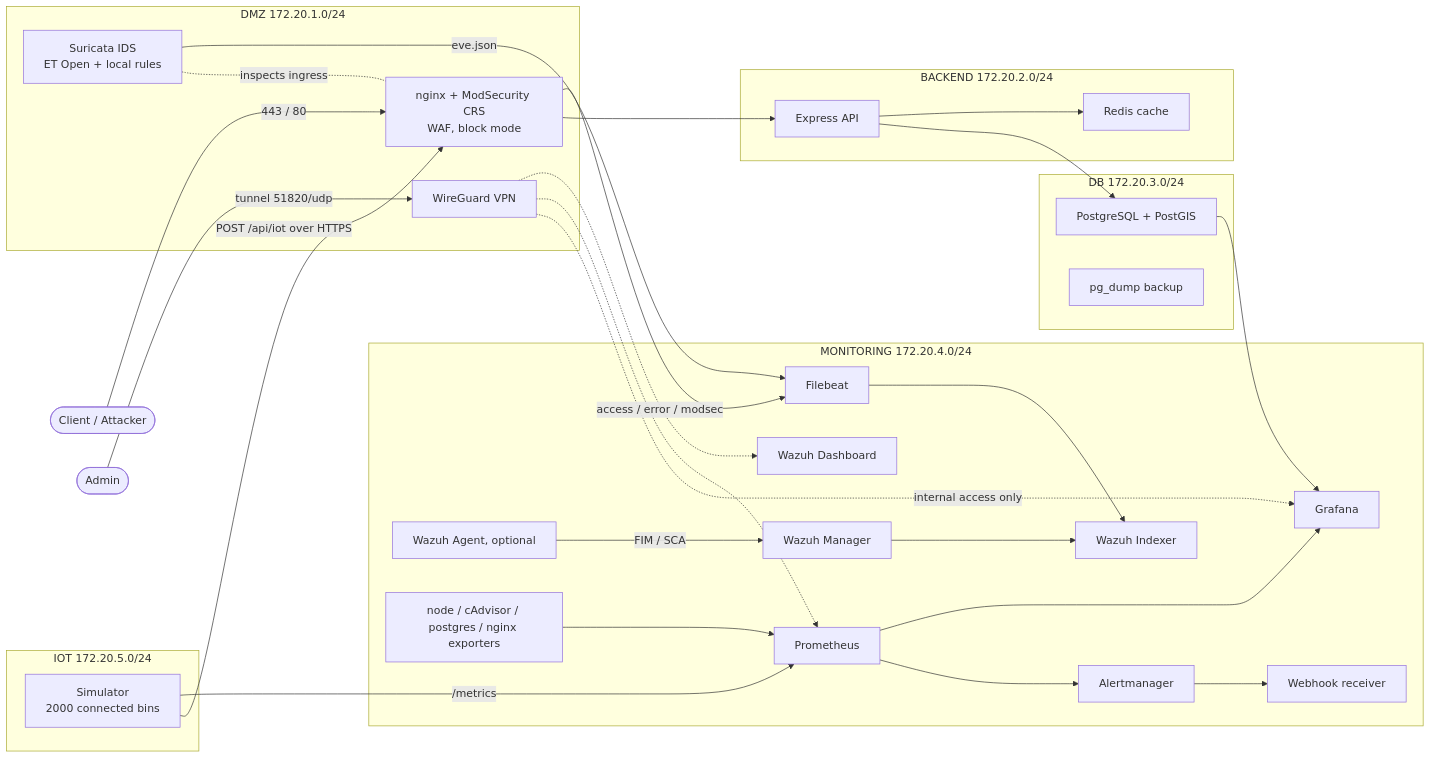
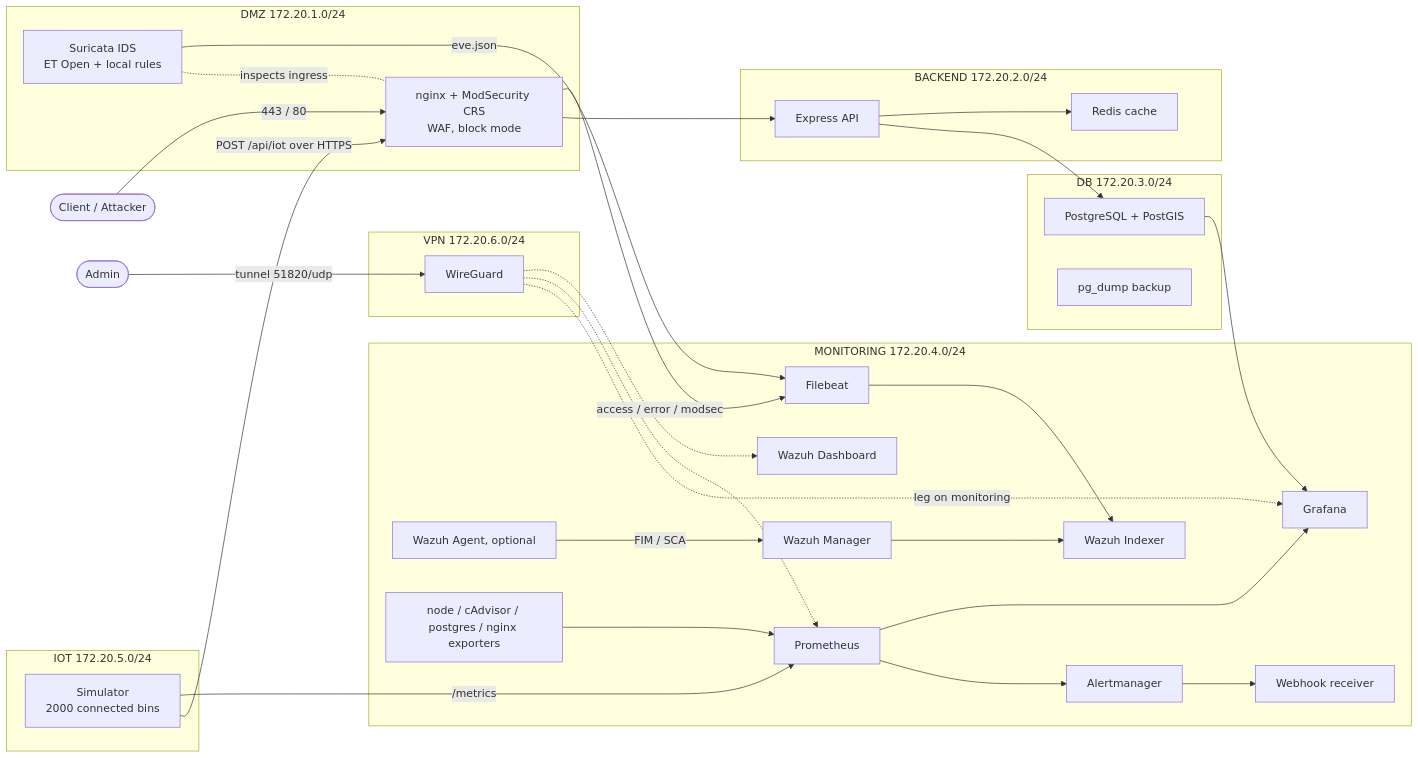
One commit to AbrASM1/Ecotrack changed the diagram in README.md. Above: the diagram before and after it, drawn with Mermaid. The commit also changed other lines of this file, not shown here.

````diff
--- a/README.md
+++ b/README.md
@@ -9,63 +9,66 @@
 ```mermaid
 flowchart LR
   Client([Client / Attacker])
   Admin([Admin])
 
   subgraph dmz["DMZ 172.20.1.0/24"]
     WAF["nginx + ModSecurity CRS<br/>WAF, block mode"]
     SUR["Suricata IDS<br/>ET Open + local rules"]
-    WG["WireGuard VPN"]
+  end
+
+  subgraph vpn["VPN 172.20.6.0/24"]
+    WG["WireGuard"]
   end
 
   subgraph backend["BACKEND 172.20.2.0/24"]
     API["Express API"]
     REDIS["Redis cache"]
   end
 
   subgraph db["DB 172.20.3.0/24"]
     PG["PostgreSQL + PostGIS"]
     BK["pg_dump backup"]
   end
 
   subgraph iot["IOT 172.20.5.0/24"]
     SIM["Simulator<br/>2000 connected bins"]
   end
 
   subgraph mon["MONITORING 172.20.4.0/24"]
     PROM["Prometheus"]
     GRAF["Grafana"]
     AM["Alertmanager"]
     HOOK["Webhook receiver"]
     WAZI["Wazuh Indexer"]
     WAZM["Wazuh Manager"]
     WAZD["Wazuh Dashboard"]
     AGENT["Wazuh Agent, optional"]
     FB["Filebeat"]
     EXP["node / cAdvisor / postgres / nginx exporters"]
   end
 
   Client -->|"443 / 80"| WAF
   SIM -->|"POST /api/iot over HTTPS"| WAF
   WAF --> API
   SUR -. "inspects ingress" .- WAF
   API --> PG
   API --> REDIS
 
   Admin -->|"tunnel 51820/udp"| WG
-  WG -.->|"internal access only"| GRAF
+  WG -.->|"leg on monitoring"| GRAF
   WG -.-> PROM
   WG -.-> WAZD
 
   EXP --> PROM
   SIM -->|"/metrics"| PROM
   PROM --> AM
   AM --> HOOK
   PROM --> GRAF
   PG --> GRAF
 
   WAF -->|"access / error / modsec"| FB
   SUR -->|"eve.json"| FB
   FB --> WAZI
   WAZM --> WAZI
   AGENT -->|"FIM / SCA"| WAZM
 ```
````
